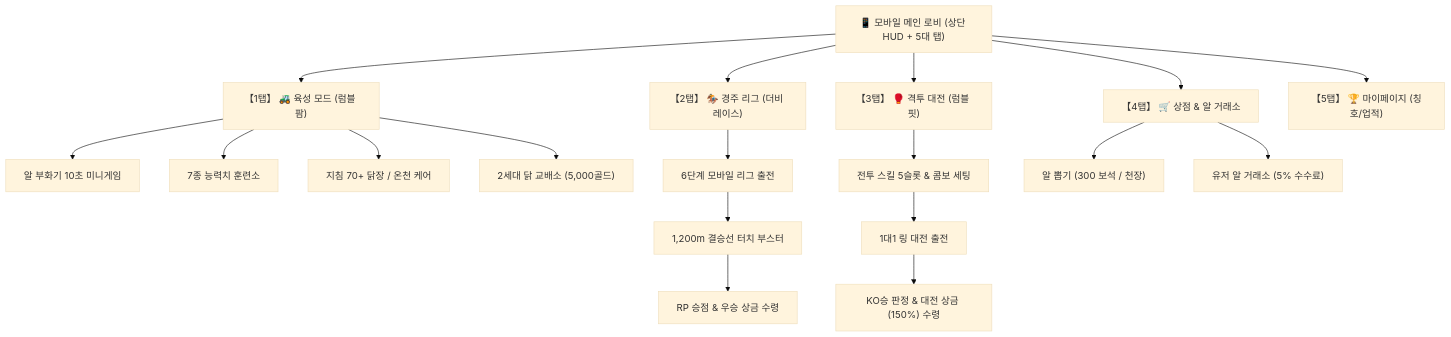
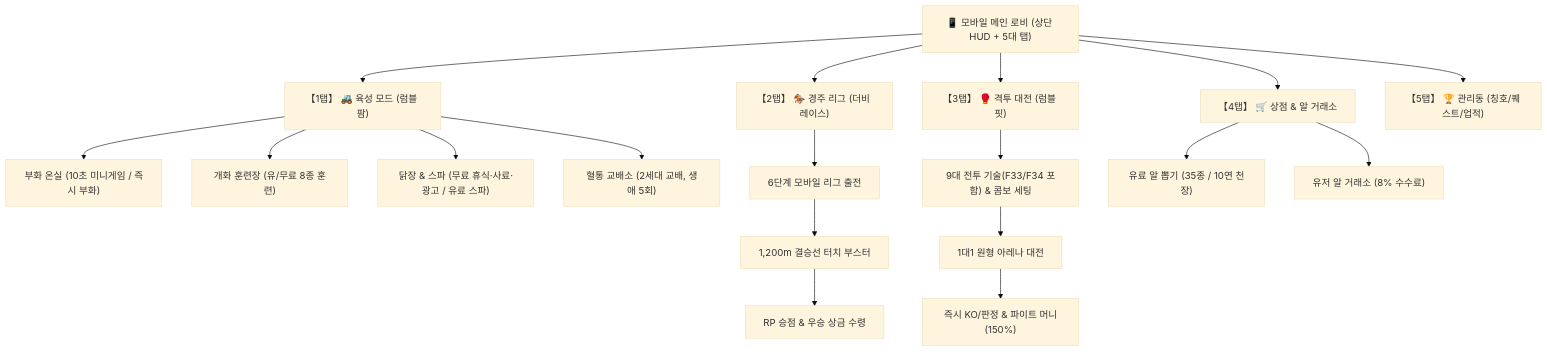
The first of 2 diagrams in docs/common/core/유저_플레이_동선_및_플로우_구성안.md (fingerfinger/rooster-rumble), drawn with Mermaid (base theme) before and after one commit. The commit also changed other lines of this file and 73 other files, not shown here.

````diff
--- a/docs/common/core/유저_플레이_동선_및_플로우_구성안.md
+++ b/docs/common/core/유저_플레이_동선_및_플로우_구성안.md
@@ -109,26 +105,26 @@
 ```mermaid
 flowchart TD
     MOB_LOBBY["📱 모바일 메인 로비 (상단 HUD + 5대 탭)"]
     
     MOB_LOBBY --> TAB1["【1탭】 🚜 육성 모드 (럼블 팜)"]
     MOB_LOBBY --> TAB2["【2탭】 🏇 경주 리그 (더비 레이스)"]
     MOB_LOBBY --> TAB3["【3탭】 🥊 격투 대전 (럼블 핏)"]
     MOB_LOBBY --> TAB4["【4탭】 🛒 상점 & 알 거래소"]
-    MOB_LOBBY --> TAB5["【5탭】 🏆 마이페이지 (칭호/업적)"]
+    MOB_LOBBY --> TAB5["【5탭】 🏆 관리동 (칭호/퀘스트/업적)"]
 
-    TAB1 --> FARM_INCUBATE["알 부화기 10초 미니게임"]
-    TAB1 --> FARM_TRAIN["7종 능력치 훈련소"]
-    TAB1 --> FARM_CARE["지침 70+ 닭장 / 온천 케어"]
-    TAB1 --> FARM_BREED["2세대 닭 교배소 (5,000골드)"]
+    TAB1 --> FARM_INCUBATE["부화 온실 (10초 미니게임 / 즉시 부화)"]
+    TAB1 --> FARM_TRAIN["개화 훈련장 (유/무료 8종 훈련)"]
+    TAB1 --> FARM_CARE["닭장 & 스파 (무료 휴식·사료·광고 / 유료 스파)"]
+    TAB1 --> FARM_BREED["혈통 교배소 (2세대 교배, 생애 5회)"]
 
     TAB2 --> RACE_MATCH["6단계 모바일 리그 출전"]
     RACE_MATCH --> RACE_PLAY["1,200m 결승선 터치 부스터"]
     RACE_PLAY --> RACE_RESULT["RP 승점 & 우승 상금 수령"]
 
-    TAB3 --> PIT_SETTING["전투 스킬 5슬롯 & 콤보 세팅"]
-    PIT_SETTING --> PIT_MATCH["1대1 링 대전 출전"]
-    PIT_MATCH --> PIT_RESULT["KO승 판정 & 대전 상금 (150%) 수령"]
+    TAB3 --> PIT_SETTING["9대 전투 기술(F33/F34 포함) & 콤보 세팅"]
+    PIT_SETTING --> PIT_MATCH["1대1 원형 아레나 대전"]
+    PIT_MATCH --> PIT_RESULT["즉시 KO/판정 & 파이트 머니(150%)"]
 
-    TAB4 --> SHOP_GACHA["알 뽑기 (300 보석 / 천장)"]
-    TAB4 --> MARKET_TRADE["유저 알 거래소 (5% 수수료)"]
+    TAB4 --> SHOP_GACHA["유료 알 뽑기 (35종 / 10연 천장)"]
+    TAB4 --> MARKET_TRADE["유저 알 거래소 (8% 수수료)"]
 ```
````
